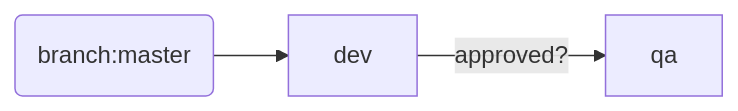
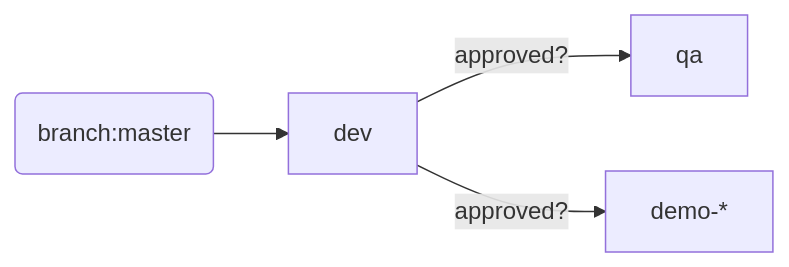
Before and after one commit to christianacca/web-api-starter: the first of 2 diagrams in docs/branch-and-deployment-strategy.md, drawn with Mermaid. The commit also changed other lines of this file and 8 other files, not shown here.

````diff
--- a/docs/branch-and-deployment-strategy.md
+++ b/docs/branch-and-deployment-strategy.md
@@ -30,5 +30,6 @@
 ```mermaid
   graph LR;
       code(branch:master) --> dev;
       dev -- approved? --> qa;
+      dev -- approved? --> demo-*;
 ```
````
